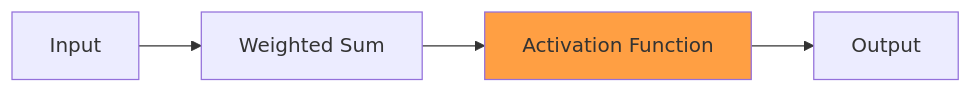
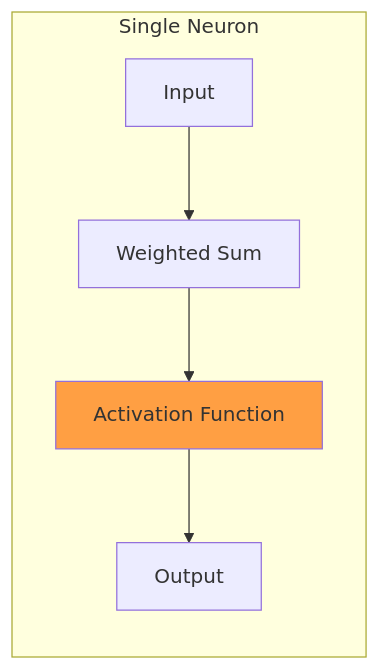
One commit to mabreyes/dlsu-lecture-slides changed the fifth of 39 diagrams in mlp.md. Above: the diagram before and after it, drawn with Mermaid. The commit also changed other lines of this file and 1 other file, not shown here.

````diff
--- a/mlp.md
+++ b/mlp.md
@@ -94,8 +154,10 @@
 ```mermaid
 %%{init: {"theme": "default"}}%%
 flowchart LR
-    A["Input"] --> B["Weighted Sum"]
-    B --> C["Activation Function"]
-    C --> D["Output"]
+    subgraph "Single Neuron"
+        A["Input"] --> B["Weighted Sum"]
+        B --> C["Activation Function"]
+        C --> D["Output"]
+    end
     style C fill:#ff9f43
 ```
````
